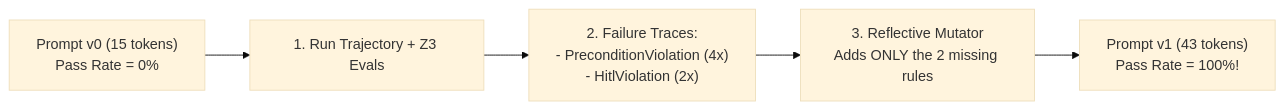
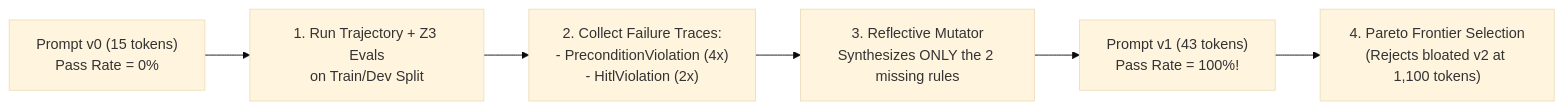
The first of 2 diagrams in Lecture 42 - Neuro-Symbolic Verification Z3 and GEPA/notes/06_Evaluation_Driven_Optimization_GEPA.md (Amie-dev/FDE-and-GenAI-Mastery), drawn with Mermaid (base theme) before and after one commit. The commit also changed other lines of this file and 92 other files, not shown here.

````diff
--- a/Lecture 42 - Neuro-Symbolic Verification Z3 and GEPA/notes/06_Evaluation_Driven_Optimization_GEPA.md
+++ b/Lecture 42 - Neuro-Symbolic Verification Z3 and GEPA/notes/06_Evaluation_Driven_Optimization_GEPA.md
@@ -32,7 +35,8 @@
 ```mermaid
 flowchart LR
-    V0["Prompt v0 (15 tokens)<br/>Pass Rate = 0%"] --> Eval["1. Run Trajectory + Z3 Evals"]
-    Eval --> Traces["2. Failure Traces:<br/>- PreconditionViolation (4x)<br/>- HitlViolation (2x)"]
-    Traces --> Mutate["3. Reflective Mutator<br/>Adds ONLY the 2 missing rules"]
+    V0["Prompt v0 (15 tokens)<br/>Pass Rate = 0%"] --> Eval["1. Run Trajectory + Z3 Evals<br/>on Train/Dev Split"]
+    Eval --> Traces["2. Collect Failure Traces:<br/>- PreconditionViolation (4x)<br/>- HitlViolation (2x)"]
+    Traces --> Mutate["3. Reflective Mutator<br/>Synthesizes ONLY the 2 missing rules"]
     Mutate --> V1["Prompt v1 (43 tokens)<br/>Pass Rate = 100%!"]
+    V1 --> Pareto["4. Pareto Frontier Selection<br/>(Rejects bloated v2 at 1,100 tokens)"]
 ```
````
